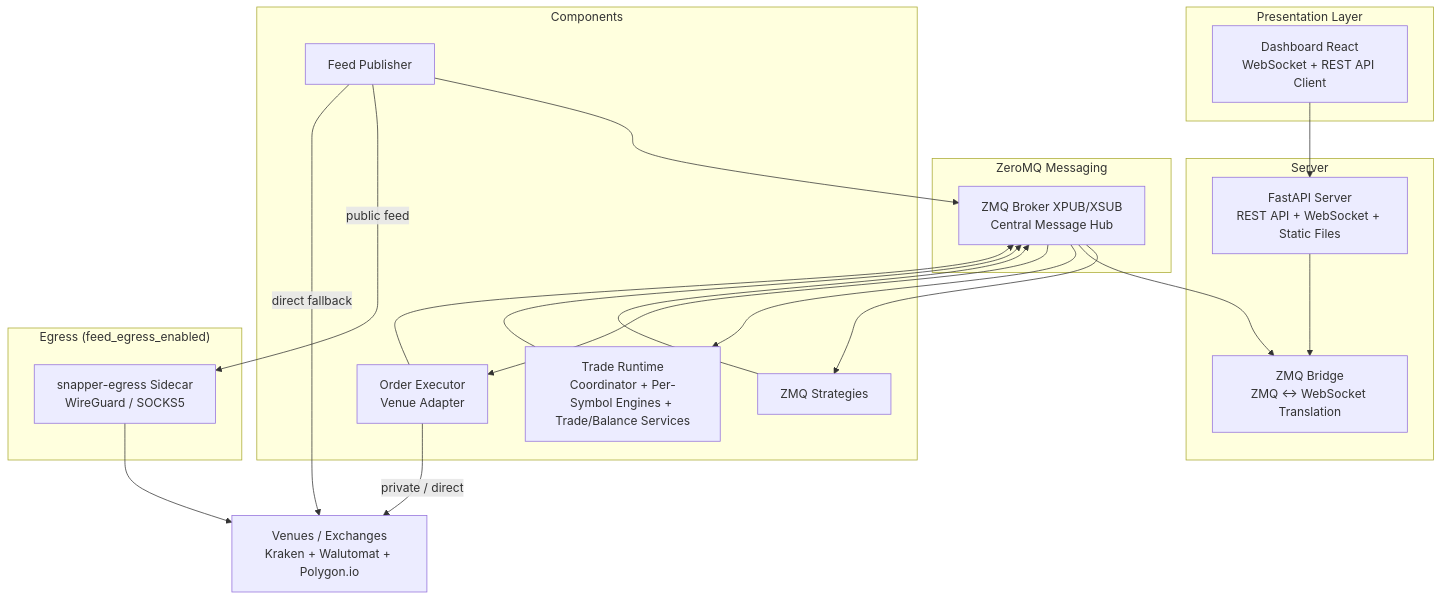
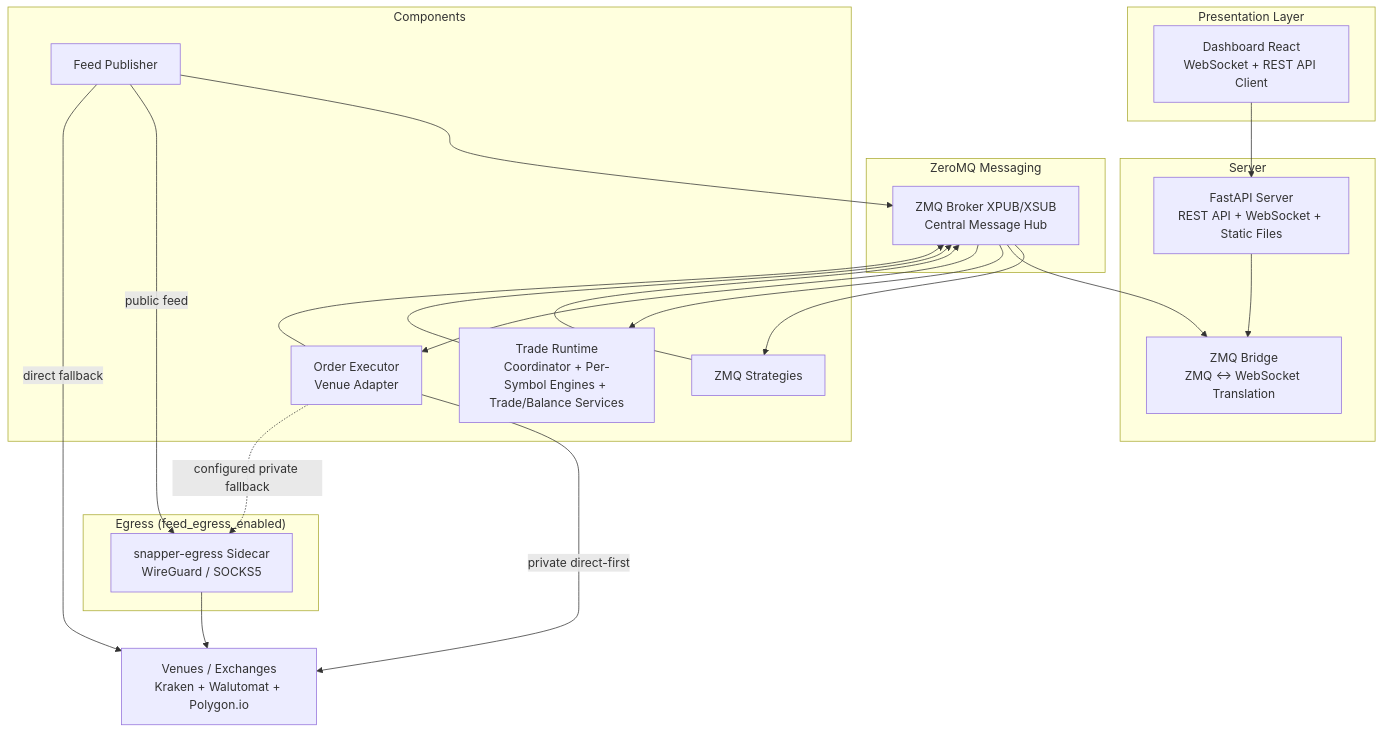
The diagram in README.md (mateusz-klatt/snapper), drawn with Mermaid before and after one commit. The commit also changed other lines of this file and 12 other files, not shown here.

````diff
--- a/README.md
+++ b/README.md
@@ -219,43 +220,44 @@
 ```mermaid
 flowchart TB
     subgraph Presentation["Presentation Layer"]
         Dashboard["Dashboard React<br/>WebSocket + REST API Client"]
     end
 
     subgraph Server["Server"]
         FastAPI["FastAPI Server<br/>REST API + WebSocket + Static Files"]
         Bridge["ZMQ Bridge<br/>ZMQ ↔ WebSocket Translation"]
     end
 
     subgraph Messaging["ZeroMQ Messaging"]
         Broker["ZMQ Broker XPUB/XSUB<br/>Central Message Hub"]
     end
 
     subgraph Components["Components"]
         Feed["Feed Publisher"]
         Strategies["ZMQ Strategies"]
         Runtime["Trade Runtime<br/>Coordinator + Per-Symbol Engines + Trade/Balance Services"]
         Executor["Order Executor<br/>Venue Adapter"]
     end
 
     subgraph Egress["Egress (feed_egress_enabled)"]
         EgressSidecar["snapper-egress Sidecar<br/>WireGuard / SOCKS5"]
     end
 
     Venues["Venues / Exchanges<br/>Kraken + Walutomat + Polygon.io"]
 
     Dashboard --> FastAPI
     FastAPI --> Bridge
     Feed --> Broker
     Feed -- "public feed" --> EgressSidecar
     EgressSidecar --> Venues
     Feed -- "direct fallback" --> Venues
-    Executor -- "private / direct" --> Venues
+    Executor -- "private direct-first" --> Venues
+    Executor -. "configured private fallback" .-> EgressSidecar
     Strategies --> Broker
     Broker --> Strategies
     Runtime --> Broker
     Broker --> Bridge
     Broker --> Runtime
     Executor --> Broker
     Broker --> Executor
 ```
````
